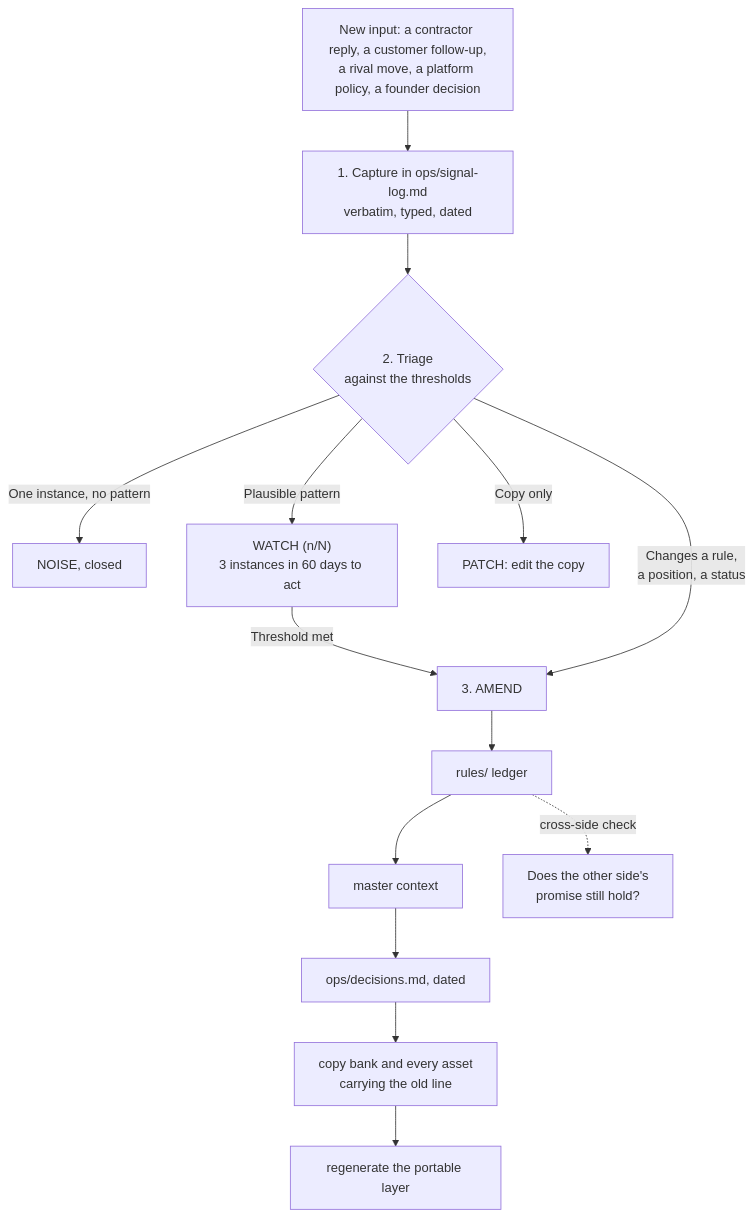
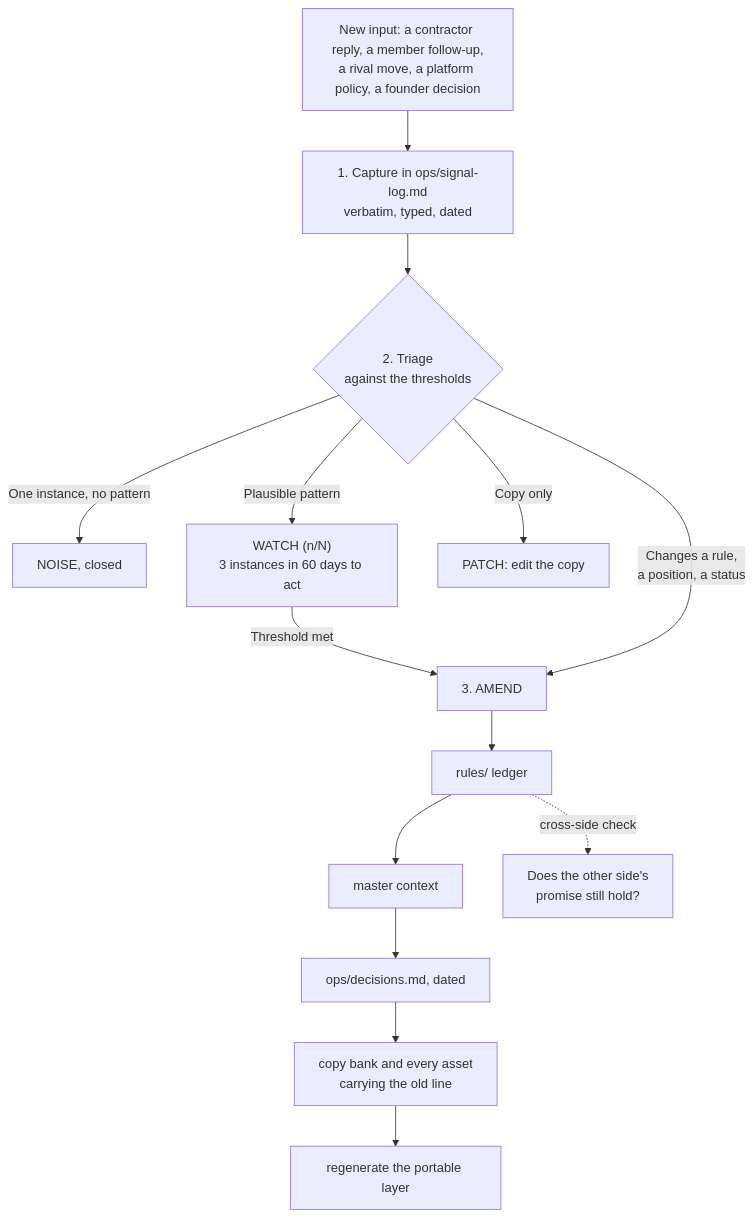
The ninth of 9 diagrams in README.md (Saasrelaunchdev/SOSSMSGTMBrain), drawn with Mermaid before and after one commit. The commit also changed other lines of this file and 109 other files, not shown here.

````diff
--- a/README.md
+++ b/README.md
@@ -422,16 +426,16 @@
 ```mermaid
 flowchart TD
-    IN["New input: a contractor reply, a customer follow-up,<br/>a rival move, a platform policy, a founder decision"] --> CAP["1. Capture in ops/signal-log.md<br/>verbatim, typed, dated"]
+    IN["New input: a contractor reply, a member follow-up,<br/>a rival move, a platform policy, a founder decision"] --> CAP["1. Capture in ops/signal-log.md<br/>verbatim, typed, dated"]
     CAP --> TRI{"2. Triage<br/>against the thresholds"}
     TRI -->|"One instance, no pattern"| N["NOISE, closed"]
     TRI -->|"Plausible pattern"| WA["WATCH (n/N)<br/>3 instances in 60 days to act"]
     WA -->|"Threshold met"| AM
     TRI -->|"Copy only"| PA["PATCH: edit the copy"]
     TRI -->|"Changes a rule,<br/>a position, a status"| AM["3. AMEND"]
     AM --> O1["rules/ ledger"]
     O1 --> O2["master context"]
     O2 --> O3["ops/decisions.md, dated"]
     O3 --> O4["copy bank and every asset<br/>carrying the old line"]
     O4 --> O5["regenerate the portable layer"]
     O1 -.->|"cross-side check"| XS["Does the other side's<br/>promise still hold?"]
 ```
````
